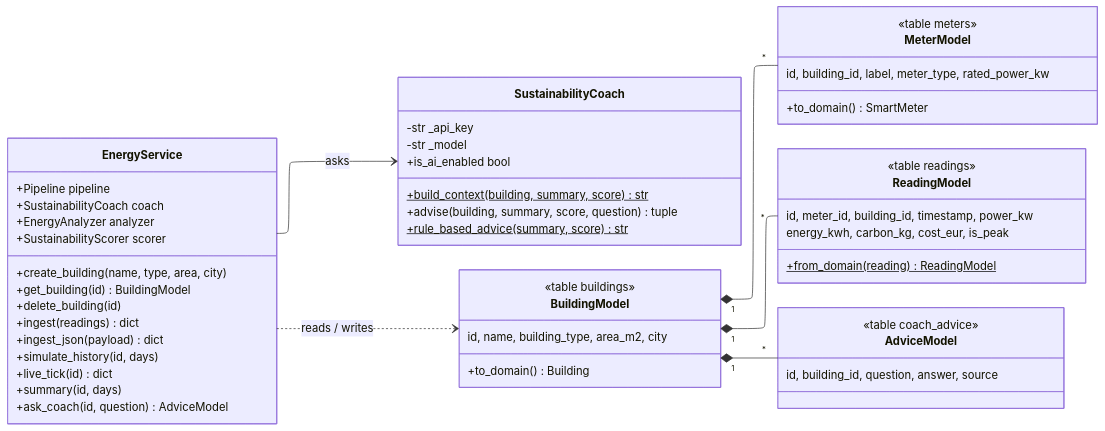
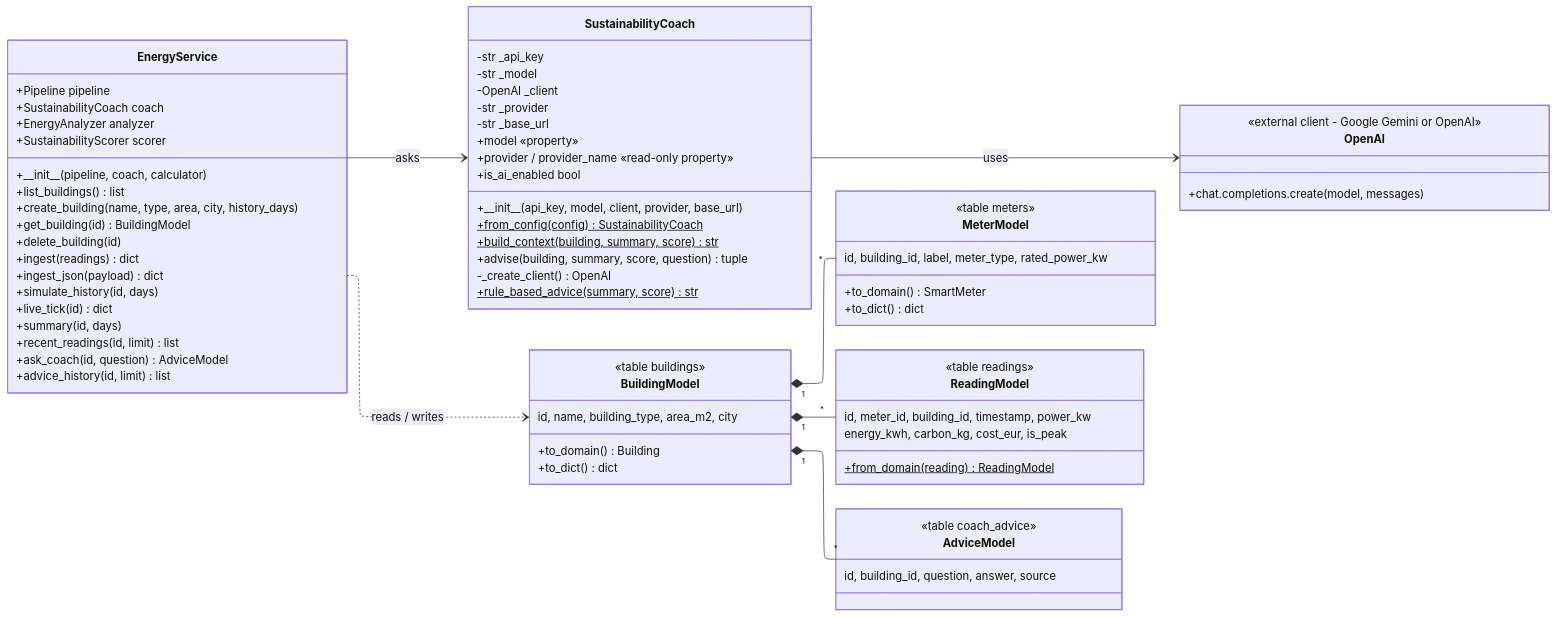
Before and after one commit to abhnasim/smart-energy-monitor: the diagram in docs/uml/3_web.mmd, drawn with Mermaid. The commit also changed 8 other files, not shown here.

Commit message:
Complete the UML class diagrams

```diff
--- a/docs/uml/3_web.mmd
+++ b/docs/uml/3_web.mmd
@@ -1,51 +1,70 @@
 %%{init: {"layout": "elk"}}%%
 classDiagram
 direction LR
 class EnergyService {
   +Pipeline pipeline
   +SustainabilityCoach coach
   +EnergyAnalyzer analyzer
   +SustainabilityScorer scorer
-  +create_building(name, type, area, city)
+  +#95;#95;init#95;#95;(pipeline, coach, calculator)
+  +list_buildings() list
+  +create_building(name, type, area, city, history_days)
   +get_building(id) BuildingModel
   +delete_building(id)
   +ingest(readings) dict
   +ingest_json(payload) dict
   +simulate_history(id, days)
   +live_tick(id) dict
   +summary(id, days)
+  +recent_readings(id, limit) list
   +ask_coach(id, question) AdviceModel
+  +advice_history(id, limit) list
 }
 class SustainabilityCoach {
   -str _api_key
   -str _model
+  -OpenAI _client
+  -str _provider
+  -str _base_url
+  +#95;#95;init#95;#95;(api_key, model, client, provider, base_url)
+  +from_config(config)$ SustainabilityCoach
+  +model «property»
+  +provider / provider_name «read-only property»
   +is_ai_enabled bool
   +build_context(building, summary, score)$ str
   +advise(building, summary, score, question) tuple
+  -_create_client() OpenAI
   +rule_based_advice(summary, score)$ str
+}
+class OpenAI {
+  <<external client - Google Gemini or OpenAI>>
+  +chat.completions.create(model, messages)
 }
 class BuildingModel {
   <<table buildings>>
   id, name, building_type, area_m2, city
   +to_domain() Building
+  +to_dict() dict
 }
 class MeterModel {
   <<table meters>>
   id, building_id, label, meter_type, rated_power_kw
   +to_domain() SmartMeter
+  +to_dict() dict
 }
 class ReadingModel {
   <<table readings>>
   id, meter_id, building_id, timestamp, power_kw
   energy_kwh, carbon_kg, cost_eur, is_peak
   +from_domain(reading)$ ReadingModel
 }
 class AdviceModel {
   <<table coach_advice>>
   id, building_id, question, answer, source
 }
 EnergyService --> SustainabilityCoach : asks
+SustainabilityCoach --> OpenAI : uses
 EnergyService ..> BuildingModel : reads / writes
 BuildingModel "1" *-- "*" MeterModel
 BuildingModel "1" *-- "*" ReadingModel
 BuildingModel "1" *-- "*" AdviceModel
```
